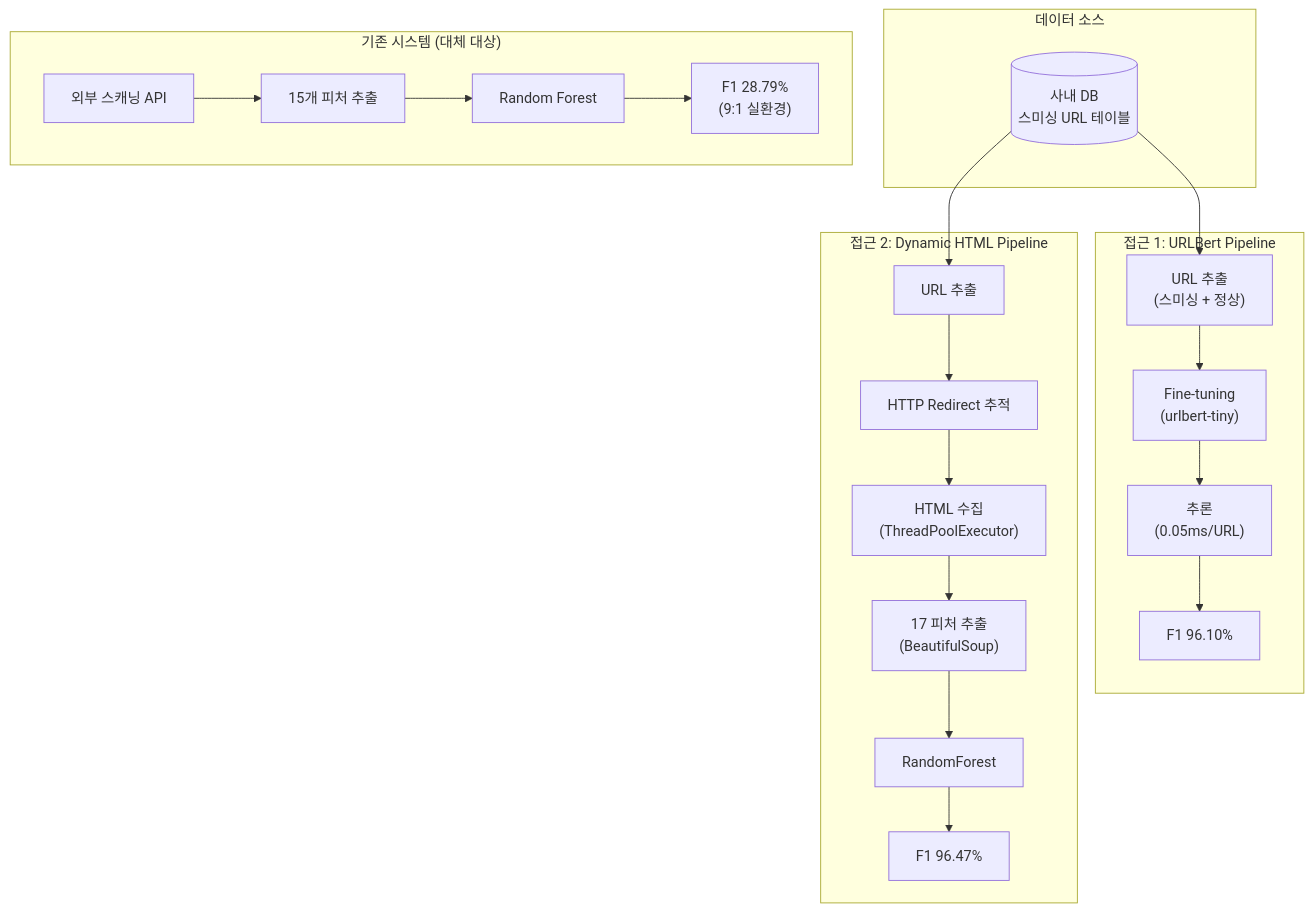
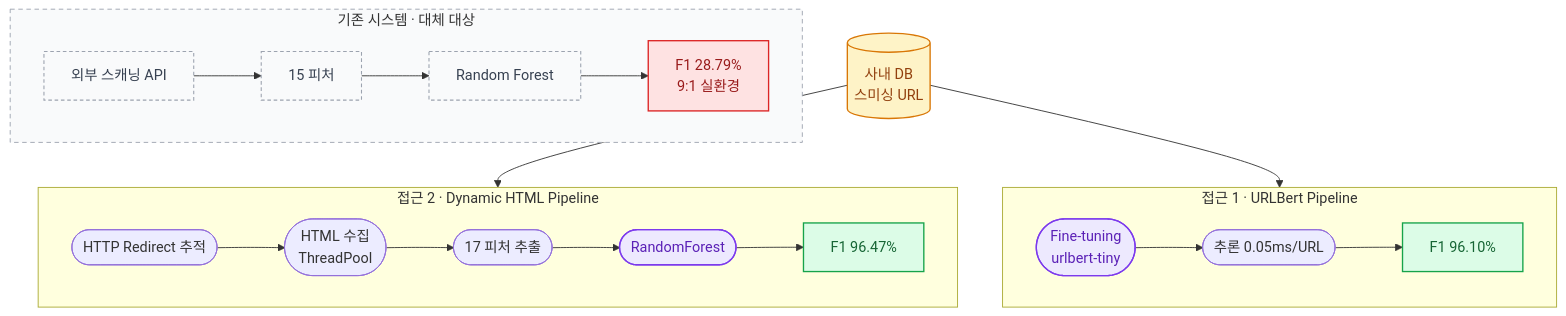
The fourth of 12 diagrams in README.md (SJayKim/SJayKim), drawn with Mermaid before and after one commit. The commit also changed other lines of this file, not shown here.

First line of the commit message:
docs: 프로젝트 다이어그램 공통 비주얼 시스템 도입 + 신규 4종 추가

````diff
--- a/README.md
+++ b/README.md
@@ -285,38 +297,34 @@
 ```mermaid
 flowchart TB
-    subgraph Source["데이터 소스"]
-        Oracle[("사내 DB<br/>스미싱 URL 테이블")]
+    Oracle[("사내 DB<br/>스미싱 URL")]
+
+    subgraph A1["접근 1 · URLBert Pipeline"]
+        direction LR
+        FT(["Fine-tuning<br/>urlbert-tiny"]) --> Inf(["추론 0.05ms/URL"]) --> R1["F1 96.10%"]
     end
 
-    subgraph URLBert["접근 1: URLBert Pipeline"]
-        Extract1["URL 추출<br/>(스미싱 + 정상)"]
-        FT["Fine-tuning<br/>(urlbert-tiny)"]
-        Infer["추론<br/>(0.05ms/URL)"]
-        Result1["F1 96.10%"]
-
-        Extract1 --> FT --> Infer --> Result1
+    subgraph A2["접근 2 · Dynamic HTML Pipeline"]
+        direction LR
+        Redir(["HTTP Redirect 추적"]) --> Coll(["HTML 수집<br/>ThreadPool"]) --> Feat(["17 피처 추출"]) --> RF(["RandomForest"]) --> R2["F1 96.47%"]
     end
 
-    subgraph DynamicHTML["접근 2: Dynamic HTML Pipeline"]
-        Extract2["URL 추출"]
-        Redirect["HTTP Redirect 추적"]
-        HTML["HTML 수집<br/>(ThreadPoolExecutor)"]
-        Feature["17 피처 추출<br/>(BeautifulSoup)"]
-        RF["RandomForest"]
-        Result2["F1 96.47%"]
-
-        Extract2 --> Redirect --> HTML --> Feature --> RF --> Result2
+    subgraph Old["기존 시스템 · 대체 대상"]
+        direction LR
+        OAPI["외부 스캐닝 API"] --> OFE["15 피처"] --> ORF["Random Forest"] --> OR["F1 28.79%<br/>9:1 실환경"]
     end
 
-    subgraph Legacy["기존 시스템 (대체 대상)"]
-        OldAPI["외부 스캐닝 API"]
-        FE["15개 피처 추출"]
-        OldRF["Random Forest"]
-        OldResult["F1 28.79%<br/>(9:1 실환경)"]
+    Oracle --> FT
+    Oracle --> Redir
 
-        OldAPI --> FE --> OldRF --> OldResult
-    end
-
-    Oracle --> Extract1
-    Oracle --> Extract2
+    classDef data fill:#FEF3C7,stroke:#D97706,stroke-width:1.5px,color:#92400E;
+    classDef result fill:#DCFCE7,stroke:#16A34A,stroke-width:1.5px,color:#166534;
+    classDef ai fill:#EDE9FE,stroke:#7C3AED,stroke-width:1.5px,color:#5B21B6;
+    classDef guard fill:#FEE2E2,stroke:#DC2626,stroke-width:1.5px,color:#991B1B;
+    classDef ext fill:#F9FAFB,stroke:#9CA3AF,stroke-width:1.2px,stroke-dasharray:4 3,color:#374151;
+    class Oracle data;
+    class FT,RF ai;
+    class R1,R2 result;
+    class OAPI,OFE,ORF ext;
+    class OR guard;
+    style Old fill:#F9FAFB,stroke:#9CA3AF,stroke-dasharray:5 4;
 ```
````
